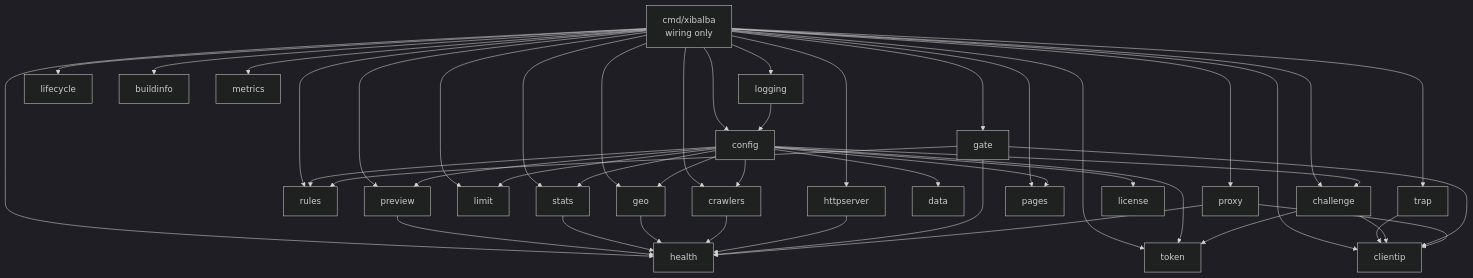
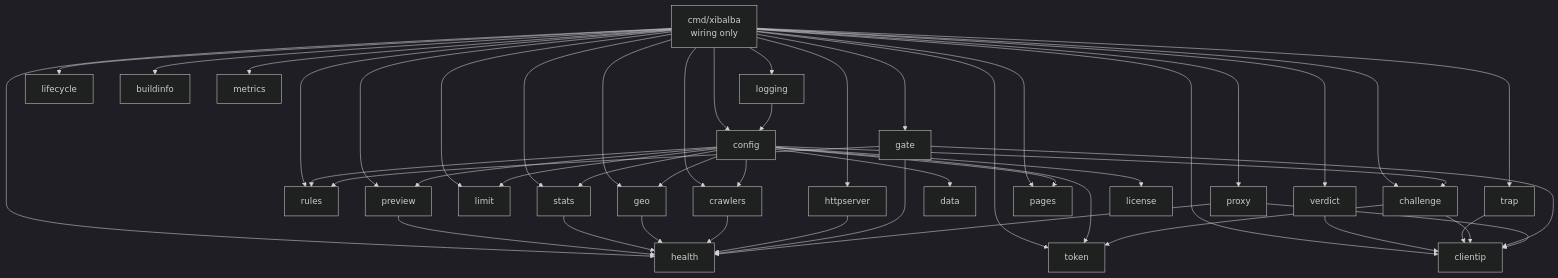
The first of 2 diagrams in docs/ARCHITECTURE.md (MaMoja/xibalba), drawn with Mermaid (dark theme) before and after one commit. The commit also changed other lines of this file and 27 other files, not shown here.

````diff
--- a/docs/ARCHITECTURE.md
+++ b/docs/ARCHITECTURE.md
@@ -26,48 +26,50 @@
 ```mermaid
 flowchart TD
     main[cmd/xibalba<br>wiring only] --> config
     main --> logging
     main --> lifecycle
     main --> health
     main --> httpserver
     main --> buildinfo
     main --> clientip
     main --> rules
     main --> crawlers
     main --> limit
     main --> trap
     main --> metrics
     main --> preview
+    main --> verdict
+    verdict --> clientip
     preview --> health
     config --> preview
     main --> stats
     config --> stats
     stats --> health
     main --> geo
     config --> geo
     geo --> health
     trap --> clientip
     config --> limit
     config --> crawlers
     config --> data
     crawlers --> health
     main --> token
     main --> challenge
     main --> gate
     main --> pages
     main --> proxy
     logging --> config
     config --> rules
     httpserver --> health
     config --> license
     config --> pages
     config --> challenge
     config --> token
     challenge --> token
     challenge --> clientip
     gate --> rules
     gate --> clientip
     gate --> health
     proxy --> health
     proxy --> clientip
 ```
````
